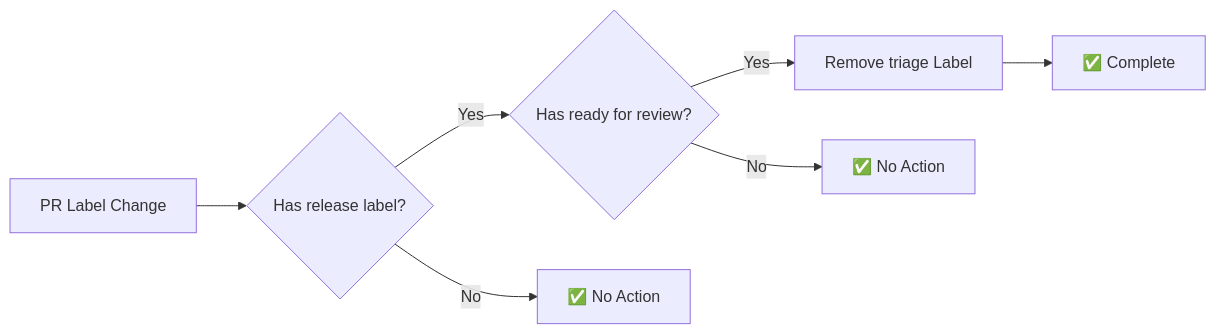
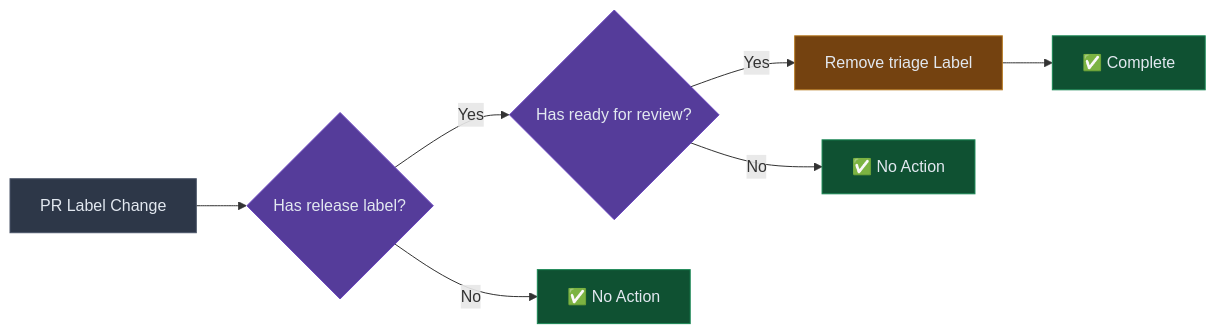
Before and after one commit to thenets/repo-automation: the sixth of 7 diagrams in README.md, drawn with Mermaid. The commit also changed other lines of this file and 1 other file, not shown here.

Commit message:
Update mermaid charts with dark-mode friendly colors

````diff
--- a/README.md
+++ b/README.md
@@ -455,9 +503,17 @@
 ```mermaid
 flowchart LR
     A[PR Label Change] --> B{Has release label?}
     B -->|Yes| C{Has ready for review?}
     B -->|No| D[✅ No Action]
     C -->|Yes| E[Remove triage Label]
     C -->|No| F[✅ No Action]
     E --> G[✅ Complete]
+    
+    style A fill:#2d3748,stroke:#4a5568,color:#e2e8f0
+    style B fill:#553c9a,stroke:#6b46c1,color:#e2e8f0
+    style C fill:#553c9a,stroke:#6b46c1,color:#e2e8f0
+    style D fill:#0f5132,stroke:#198754,color:#e2e8f0
+    style E fill:#744210,stroke:#b7791f,color:#e2e8f0
+    style F fill:#0f5132,stroke:#198754,color:#e2e8f0
+    style G fill:#0f5132,stroke:#198754,color:#e2e8f0
 ```
````
